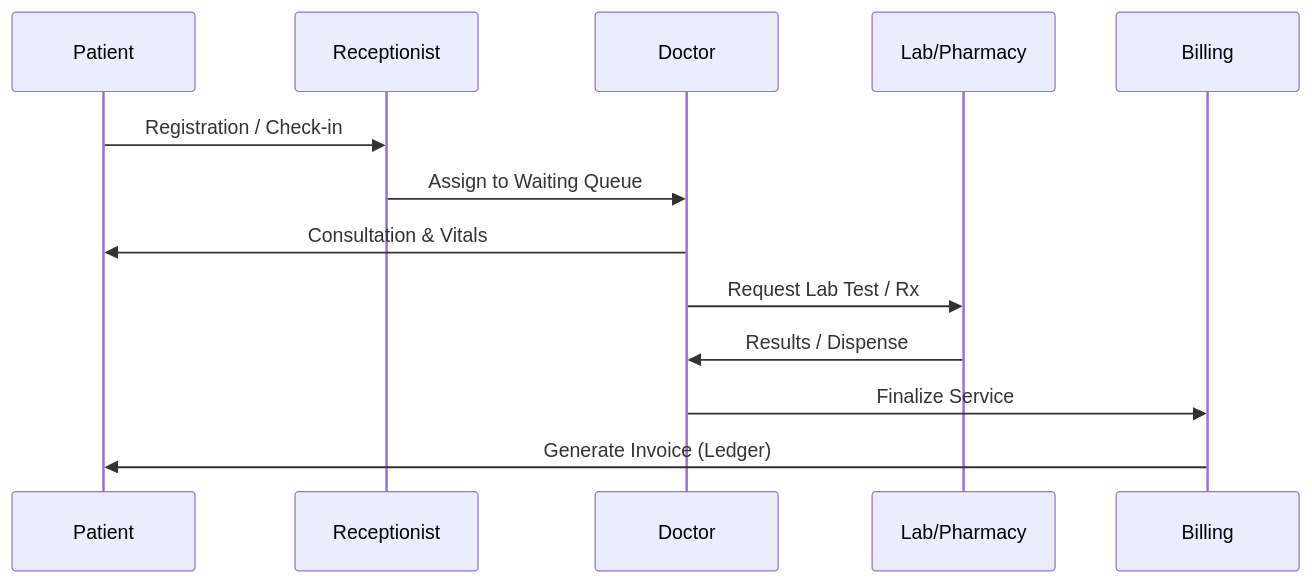
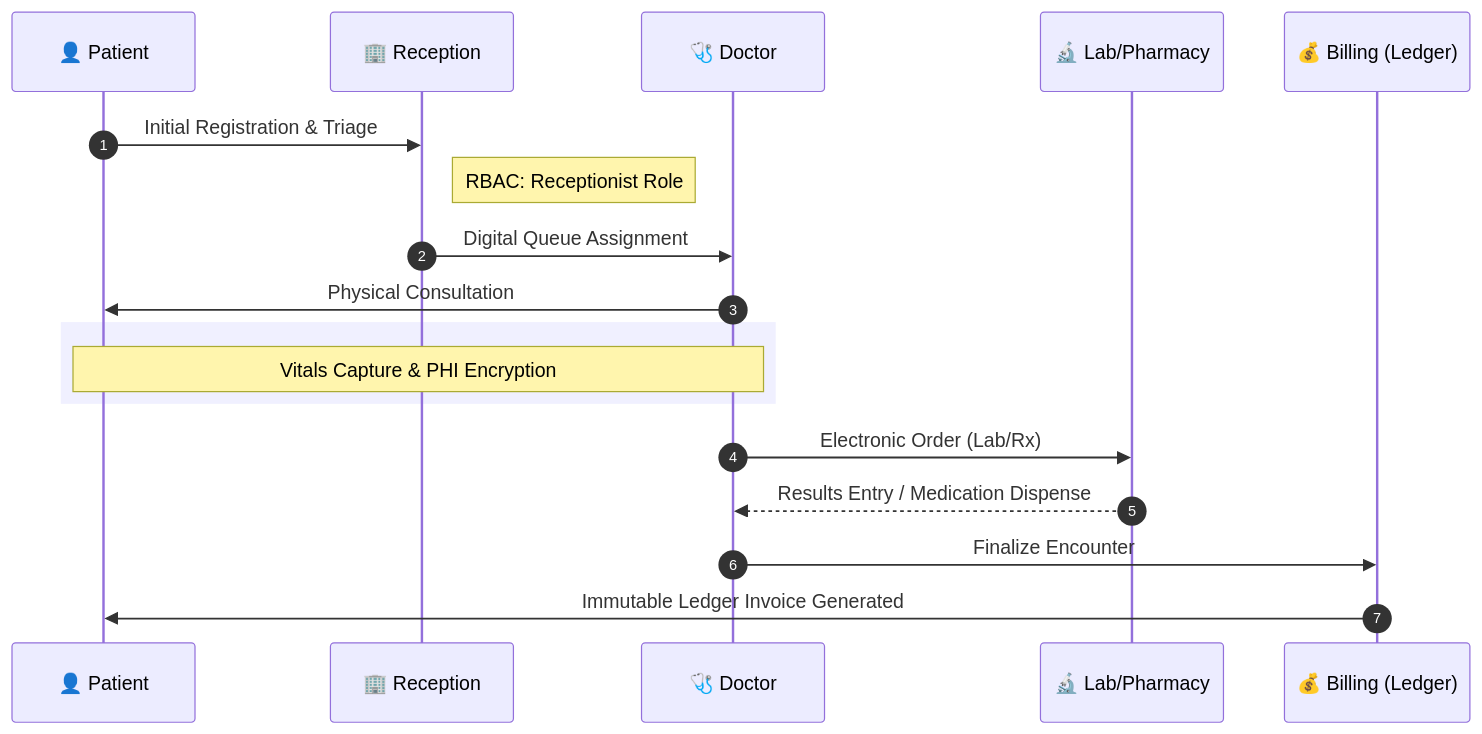
One commit to neoastra303/Remedium-HMS changed the second of 3 diagrams in README.md. Above: the diagram before and after it, drawn with Mermaid. The commit also changed other lines of this file and 1 other file, not shown here.

Commit message:
docs: modernize README with color-coded diagrams and security lifecycle flow

````diff
--- a/README.md
+++ b/README.md
@@ -75,16 +85,21 @@
 ```mermaid
 sequenceDiagram
-    participant P as Patient
-    participant R as Receptionist
-    participant D as Doctor
-    participant L as Lab/Pharmacy
-    participant B as Billing
+    autonumber
+    participant P as 👤 Patient
+    participant R as 🏢 Reception
+    participant D as 🩺 Doctor
+    participant L as 🔬 Lab/Pharmacy
+    participant B as 💰 Billing (Ledger)
 
-    P->>R: Registration / Check-in
-    R->>D: Assign to Waiting Queue
-    D->>P: Consultation & Vitals
-    D->>L: Request Lab Test / Rx
-    L->>D: Results / Dispense
-    D->>B: Finalize Service
-    B->>P: Generate Invoice (Ledger)
+    P->>R: Initial Registration & Triage
+    Note right of R: RBAC: Receptionist Role
+    R->>D: Digital Queue Assignment
+    D->>P: Physical Consultation
+    rect rgb(240, 240, 255)
+        Note over D,P: Vitals Capture & PHI Encryption
+    end
+    D->>L: Electronic Order (Lab/Rx)
+    L-->>D: Results Entry / Medication Dispense
+    D->>B: Finalize Encounter
+    B->>P: Immutable Ledger Invoice Generated
 ```
````
